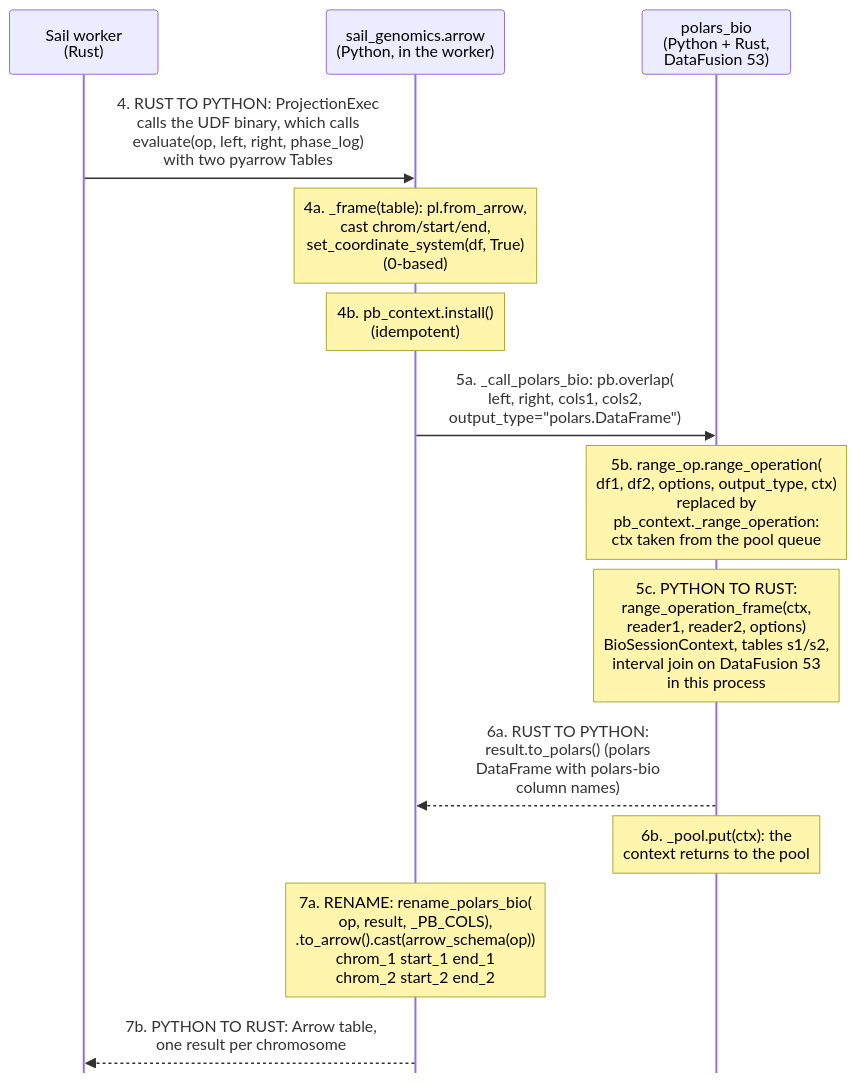
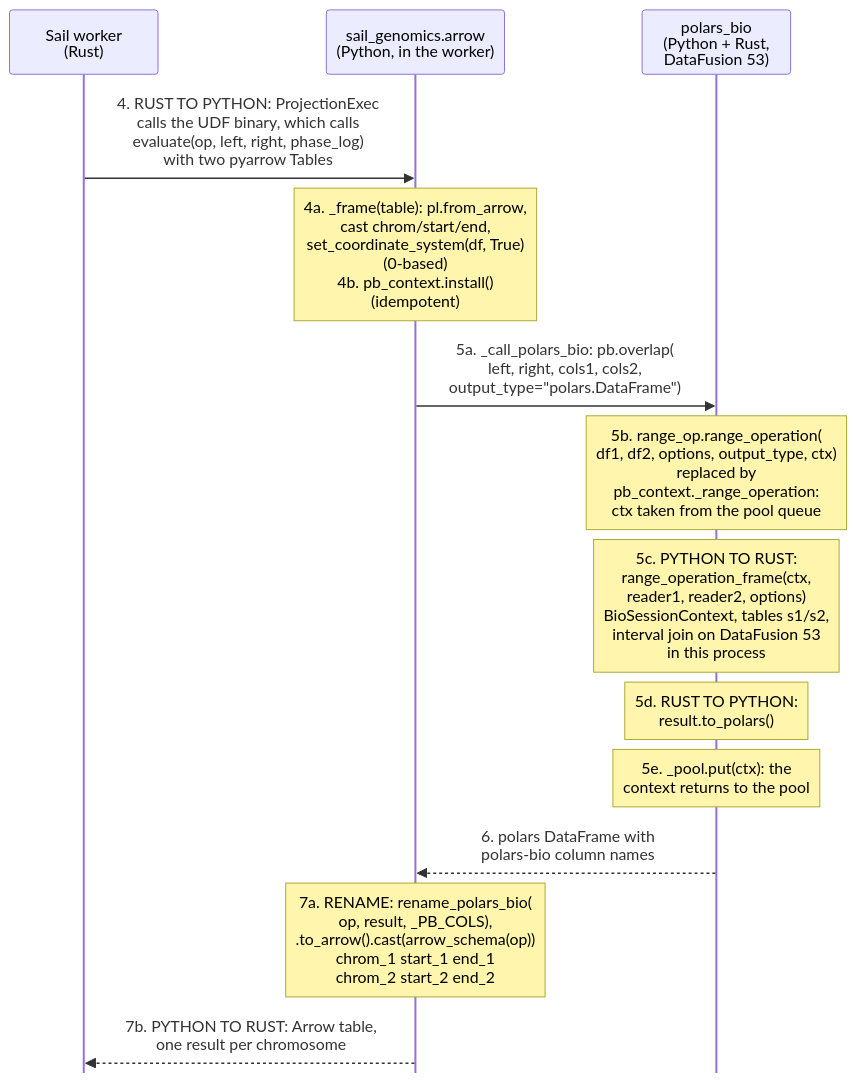
Before and after one commit to mkowalewski1282/distributed-polars-bio: the fourth of 8 diagrams in tools/split/overlay/sail-genomics/README.md, drawn with Mermaid. The commit also changed other lines of this file and 1 other file, not shown here.

Commit message:
Etap 4: README - poprawki po przegladzie diagramow (precyzja opisow)

````diff
--- a/tools/split/overlay/sail-genomics/README.md
+++ b/tools/split/overlay/sail-genomics/README.md
@@ -129,18 +130,18 @@
 ```mermaid
 %%{init: {"sequence": {"mirrorActors": false}}}%%
 sequenceDiagram
     participant W as Sail worker<br/>(Rust)
     participant F as sail_genomics.arrow<br/>(Python, in the worker)
     participant P as polars_bio<br/>(Python + Rust,<br/>DataFusion 53)
 
     W->>F: 4. RUST TO PYTHON: ProjectionExec<br/>calls the UDF binary, which calls<br/>evaluate(op, left, right, phase_log)<br/>with two pyarrow Tables
-    Note over F: 4a. _frame(table): pl.from_arrow,<br/>cast chrom/start/end,<br/>set_coordinate_system(df, True)<br/>(0-based)
-    Note over F: 4b. pb_context.install()<br/>(idempotent)
+    Note over F: 4a. _frame(table): pl.from_arrow,<br/>cast chrom/start/end,<br/>set_coordinate_system(df, True)<br/>(0-based)<br/>4b. pb_context.install()<br/>(idempotent)
     F->>P: 5a. _call_polars_bio: pb.overlap(<br/>left, right, cols1, cols2,<br/>output_type="polars.DataFrame")
     Note over P: 5b. range_op.range_operation(<br/>df1, df2, options, output_type, ctx)<br/>replaced by<br/>pb_context._range_operation:<br/>ctx taken from the pool queue
     Note over P: 5c. PYTHON TO RUST:<br/>range_operation_frame(ctx,<br/>reader1, reader2, options)<br/>BioSessionContext, tables s1/s2,<br/>interval join on DataFusion 53<br/>in this process
-    P-->>F: 6a. RUST TO PYTHON:<br/>result.to_polars() (polars<br/>DataFrame with polars-bio<br/>column names)
-    Note over P: 6b. _pool.put(ctx): the<br/>context returns to the pool
+    Note over P: 5d. RUST TO PYTHON:<br/>result.to_polars()
+    Note over P: 5e. _pool.put(ctx): the<br/>context returns to the pool
+    P-->>F: 6. polars DataFrame with<br/>polars-bio column names
     Note over F: 7a. RENAME: rename_polars_bio(<br/>op, result, _PB_COLS),<br/>.to_arrow().cast(arrow_schema(op))<br/>chrom_1 start_1 end_1<br/>chrom_2 start_2 end_2
     F-->>W: 7b. PYTHON TO RUST: Arrow table,<br/>one result per chromosome
 ```
````
